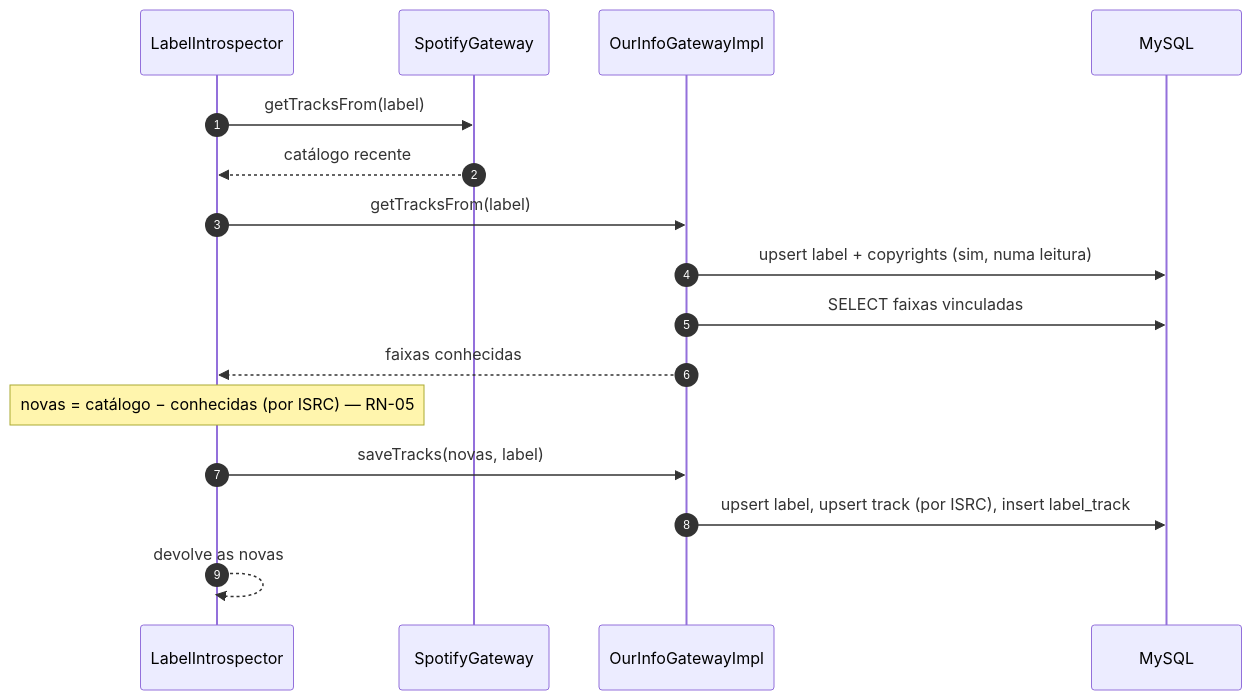
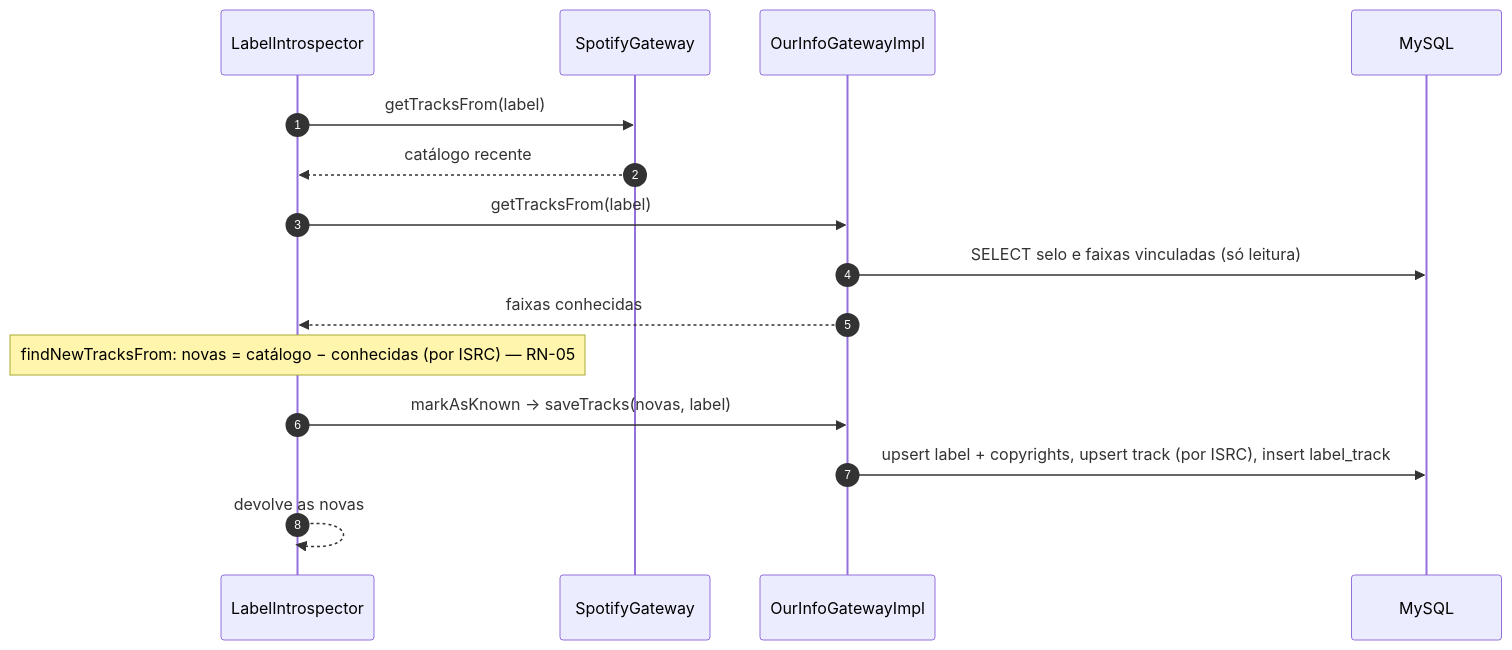
Before and after one commit to luiznaac/label-follower: the fourth of 7 diagrams in docs/tecnico.md, drawn with Mermaid. The commit also changed other lines of this file and 4 other files, not shown here.

````diff
--- a/docs/tecnico.md
+++ b/docs/tecnico.md
@@ -163,19 +163,18 @@
 ```mermaid
 sequenceDiagram
     autonumber
     participant LI as LabelIntrospector
     participant SG as SpotifyGateway
     participant DB as OurInfoGatewayImpl
     participant M as MySQL
 
     LI->>SG: getTracksFrom(label)
     SG-->>LI: catálogo recente
     LI->>DB: getTracksFrom(label)
-    DB->>M: upsert label + copyrights (sim, numa leitura)
-    DB->>M: SELECT faixas vinculadas
+    DB->>M: SELECT selo e faixas vinculadas (só leitura)
     DB-->>LI: faixas conhecidas
-    Note over LI: novas = catálogo − conhecidas (por ISRC) — RN-05
-    LI->>DB: saveTracks(novas, label)
-    DB->>M: upsert label, upsert track (por ISRC), insert label_track
+    Note over LI: findNewTracksFrom: novas = catálogo − conhecidas (por ISRC) — RN-05
+    LI->>DB: markAsKnown → saveTracks(novas, label)
+    DB->>M: upsert label + copyrights, upsert track (por ISRC), insert label_track
     LI-->>LI: devolve as novas
 ```
````
